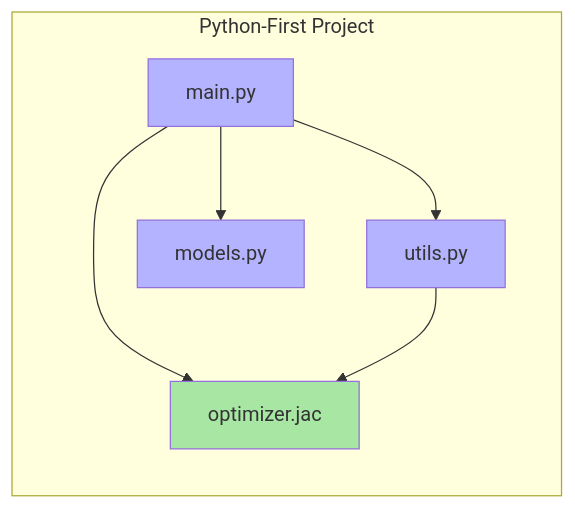
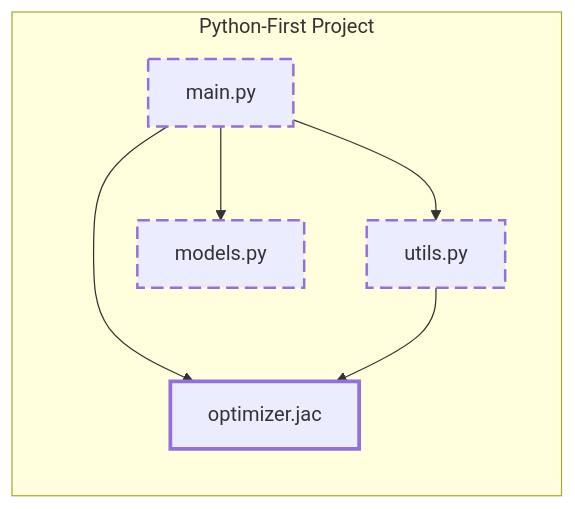
The seventh of 9 diagrams in docs/blog/posts/welcome.md (marsninja/blog), drawn with Mermaid before and after one commit. The commit also changed other lines of this file, not shown here.

````diff
--- a/docs/blog/posts/welcome.md
+++ b/docs/blog/posts/welcome.md
@@ -207,18 +207,18 @@
 ```mermaid
 graph LR
     subgraph "Python-First Project"
         P1[main.py]
         P2[utils.py]
         P3[models.py]
         J1[optimizer.jac]
         P1 --> P2
         P1 --> P3
         P1 --> J1
         P2 --> J1
     end
-    
-    style P1 fill:#b3b3ff
-    style P2 fill:#b3b3ff
-    style P3 fill:#b3b3ff
-    style J1 fill:#a8e6a3
+
+    style P1 stroke-width:2px,stroke-dasharray: 10 5
+    style P2 stroke-width:2px,stroke-dasharray: 10 5
+    style P3 stroke-width:2px,stroke-dasharray: 10 5
+    style J1 stroke-width:3px
 ```
````
